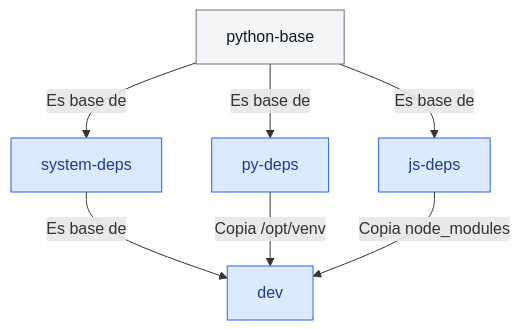
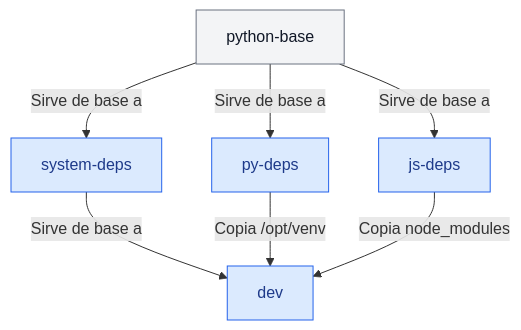
Before and after one commit to deheza-alejandro/bank-clients-ml: the second of 2 diagrams in docs/development/docker.md, drawn with Mermaid. The commit also changed other lines of this file, not shown here.

First line of the commit message:
docs(docker): add diagram and clarify volumes

````diff
--- a/docs/development/docker.md
+++ b/docs/development/docker.md
@@ -89,13 +111,13 @@
 ```mermaid
 flowchart TB
-  PB[python-base] -->|Es base de| SD[system-deps]
-  PB -->|Es base de| PD[py-deps]
-  PB -->|Es base de| JD[js-deps]
-  SD -->|Es base de| DEV[dev]
+  PB[python-base] -->|Sirve de base a| SD[system-deps]
+  PB -->|Sirve de base a| PD[py-deps]
+  PB -->|Sirve de base a| JD[js-deps]
+  SD -->|Sirve de base a| DEV[dev]
   PD -->|Copia /opt/venv| DEV
   JD -->|Copia node_modules| DEV
   classDef base fill:#F3F4F6,stroke:#6B7280,color:#111827;
   classDef deps fill:#DBEAFE,stroke:#2563EB,color:#1E3A8A;
   class PB base;
   class SD,PD,JD,DEV deps;
 ```
````
